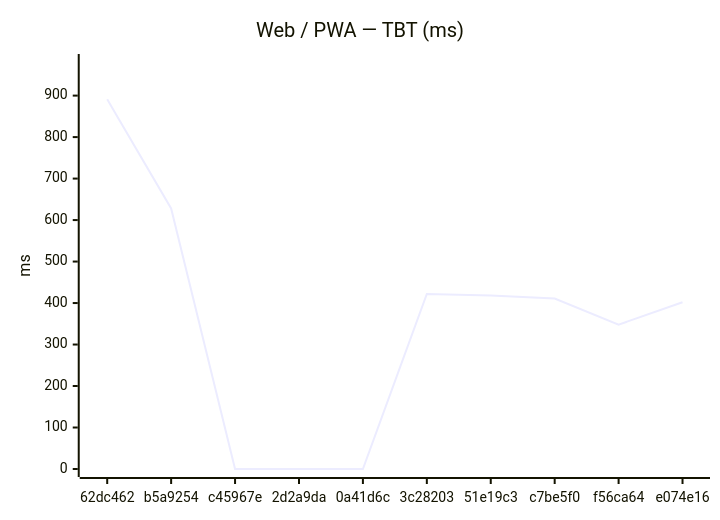
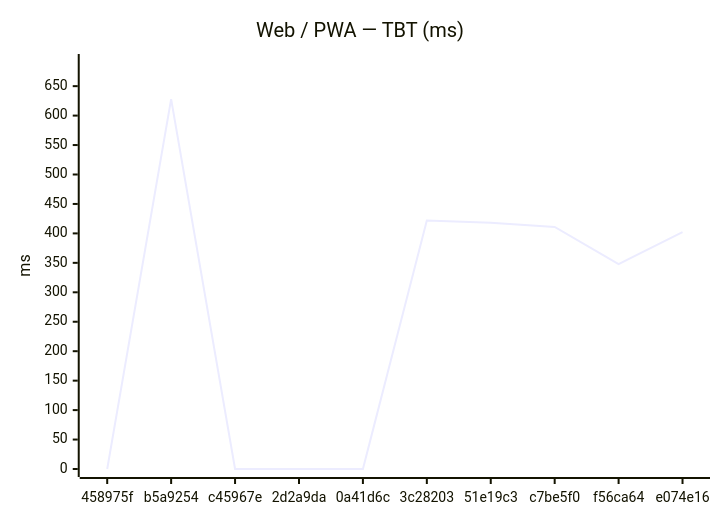
One commit to Metaheurist/Rianell changed the second of 18 diagrams in benchmarks/compare.md. Above: the diagram before and after it, drawn with Mermaid. The commit also changed other lines of this file and 11 other files, not shown here.

````diff
--- a/benchmarks/compare.md
+++ b/benchmarks/compare.md
@@ -31,7 +31,7 @@
 ```mermaid
 xychart-beta
     title "Web / PWA — TBT (ms)"
-    x-axis ["62dc462", "b5a9254", "c45967e", "2d2a9da", "0a41d6c", "3c28203", "51e19c3", "c7be5f0", "f56ca64", "e074e16"]
-    y-axis "ms" 0 --> 981
-    line [891, 628, 0, 0, 0, 422, 418, 411, 348, 402]
+    x-axis ["458975f", "b5a9254", "c45967e", "2d2a9da", "0a41d6c", "3c28203", "51e19c3", "c7be5f0", "f56ca64", "e074e16"]
+    y-axis "ms" 0 --> 691
+    line [0, 628, 0, 0, 0, 422, 418, 411, 348, 402]
 ```
````
